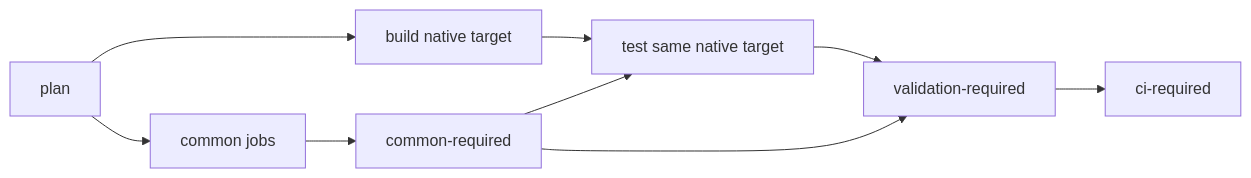
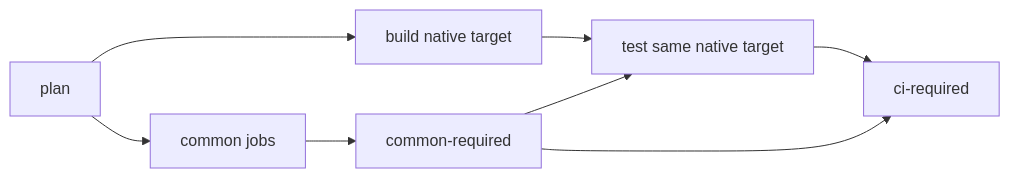
One commit to vsevolodbazhan/qrow changed the diagram in docs/ci.md. Above: the diagram before and after it, drawn with Mermaid. The commit also changed other lines of this file and 6 other files, not shown here.

````diff
--- a/docs/ci.md
+++ b/docs/ci.md
@@ -29,11 +30,10 @@
 ```mermaid
 flowchart LR
     P[plan] --> C[common jobs]
     C --> G[common-required]
     P --> B[build native target]
     B --> T[test same native target]
     G --> T
-    T --> V[validation-required]
-    G --> V
-    V --> R[ci-required]
+    T --> R[ci-required]
+    G --> R
 ```
````
